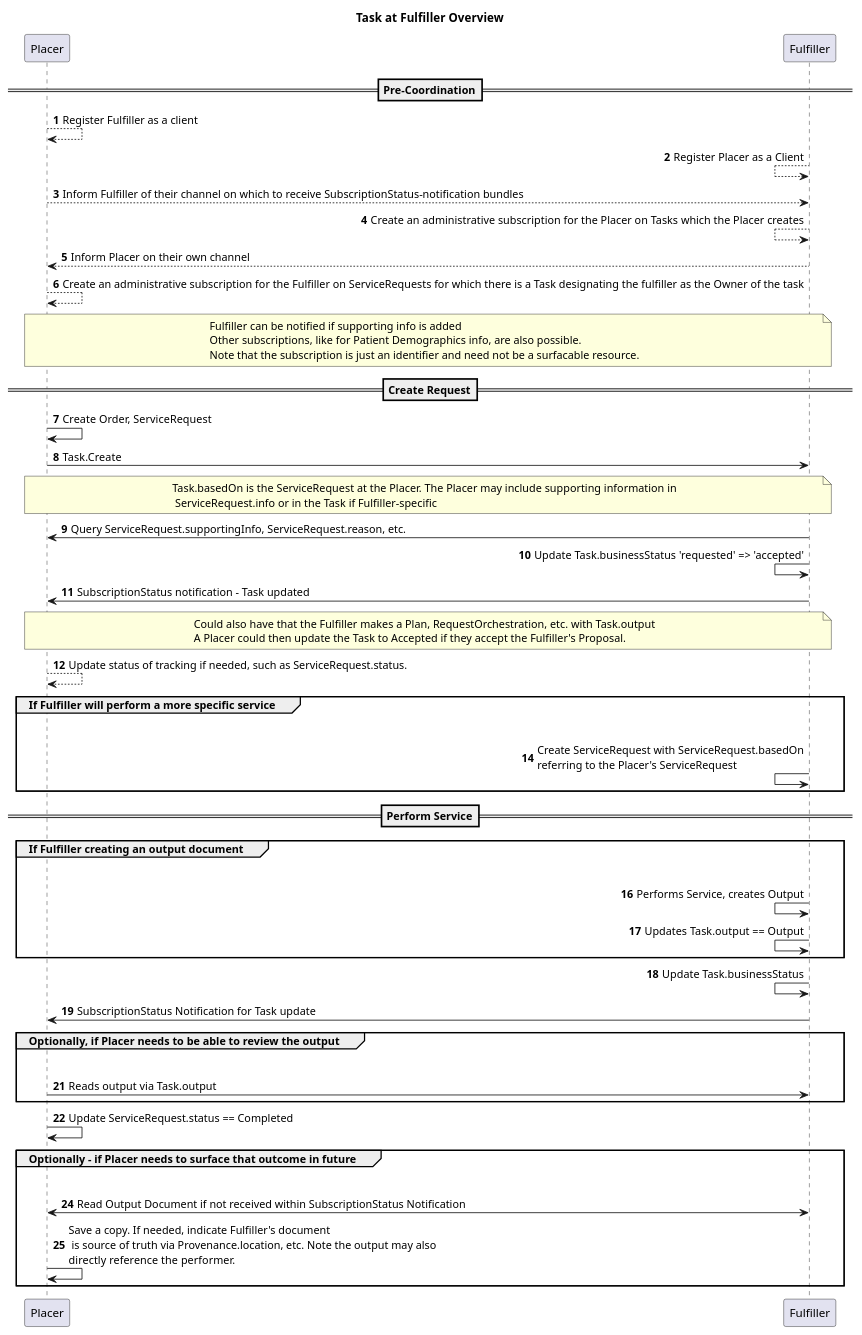
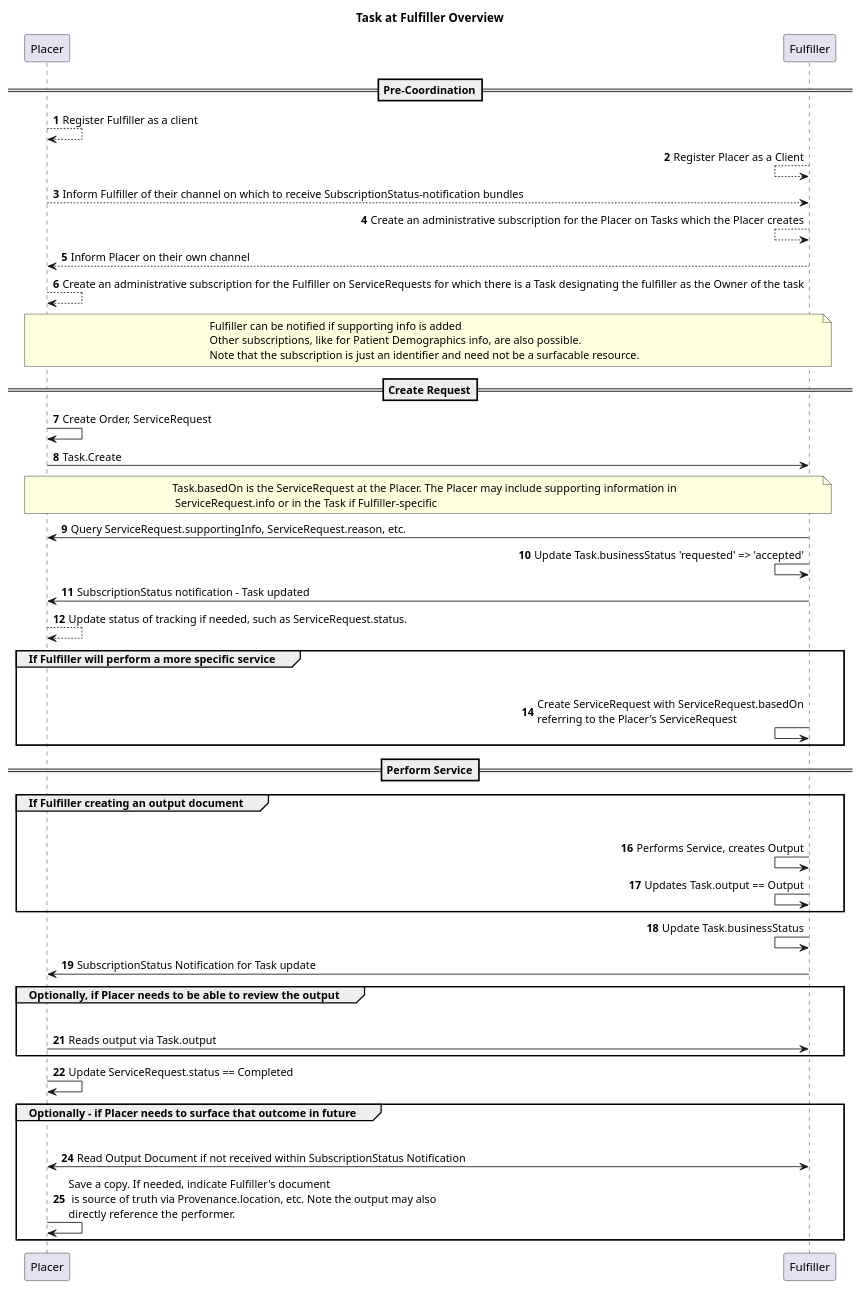
One commit to HL7/fhir-cow-ig changed the diagram in input/images-source/subscriptions-general-example-task-at-fulfiller.plantuml. Above: the diagram before and after it, drawn with PlantUML.

Commit message:
Update subscriptions-general-example-task-at-fulfiller.plantuml
Removed note per FHIR-50418 related to a Fulfiller proposing a change to a service. We describe that on a dedicated page

```diff
--- a/input/images-source/subscriptions-general-example-task-at-fulfiller.plantuml
+++ b/input/images-source/subscriptions-general-example-task-at-fulfiller.plantuml
@@ -1,72 +1,69 @@
 @startuml
 'skinparam svgDimensionStyle false
 title Task at Fulfiller Overview
 
 autonumber
 
 ==Pre-Coordination==
 Placer --> Placer: Register Fulfiller as a client
 
 Fulfiller <-- Fulfiller: Register Placer as a Client
 
 Placer --> Fulfiller: Inform Fulfiller of their channel on which to receive SubscriptionStatus-notification bundles
 
 Fulfiller <-- Fulfiller: Create an administrative subscription for the Placer on Tasks which the Placer creates 
 
 Fulfiller --> Placer: Inform Placer on their own channel
 
 Placer --> Placer: Create an administrative subscription for the Fulfiller on ServiceRequests for which there is a Task designating the fulfiller as the Owner of the task
 
 note over Placer, Fulfiller: Fulfiller can be notified if supporting info is added\nOther subscriptions, like for Patient Demographics info, are also possible.\nNote that the subscription is just an identifier and need not be a surfacable resource.
 
 
-
 ==Create Request==
 Placer -> Placer: Create Order, ServiceRequest
 
 Placer -> Fulfiller: Task.Create
 
 note over Placer, Fulfiller: Task.basedOn is the ServiceRequest at the Placer. The Placer may include supporting information in\n ServiceRequest.info or in the Task if Fulfiller-specific
 
 Fulfiller -> Placer: Query ServiceRequest.supportingInfo, ServiceRequest.reason, etc.
 
 Fulfiller <- Fulfiller: Update Task.businessStatus 'requested' => 'accepted'
 
 Fulfiller -> Placer: SubscriptionStatus notification - Task updated
-
-note over Placer, Fulfiller: Could also have that the Fulfiller makes a Plan, RequestOrchestration, etc. with Task.output\nA Placer could then update the Task to Accepted if they accept the Fulfiller's Proposal.
 
 Placer --> Placer: Update status of tracking if needed, such as ServiceRequest.status. 
 
 group If Fulfiller will perform a more specific service
     Fulfiller -[hidden]> Placer:
     Fulfiller <- Fulfiller: Create ServiceRequest with ServiceRequest.basedOn\nreferring to the Placer's ServiceRequest
 end
 
 
 ==Perform Service==
 group If Fulfiller creating an output document
     Fulfiller -[hidden]> Placer:
     Fulfiller <- Fulfiller: Performs Service, creates Output
     Fulfiller <- Fulfiller: Updates Task.output == Output
 end
 
 Fulfiller <- Fulfiller: Update Task.businessStatus
 
 Fulfiller -> Placer: SubscriptionStatus Notification for Task update
 
 group Optionally, if Placer needs to be able to review the output
     Fulfiller -[hidden]> Placer:
     Placer -> Fulfiller: Reads output via Task.output
 end
 
 Placer -> Placer: Update ServiceRequest.status == Completed
 
 group Optionally - if Placer needs to surface that outcome in future
     Fulfiller -[hidden]> Placer:
     Placer <-> Fulfiller: Read Output Document if not received within SubscriptionStatus Notification
     Placer -> Placer: Save a copy. If needed, indicate Fulfiller's document\n is source of truth via Provenance.location, etc. Note the output may also\ndirectly reference the performer.
    
 end
 
 @enduml
```
